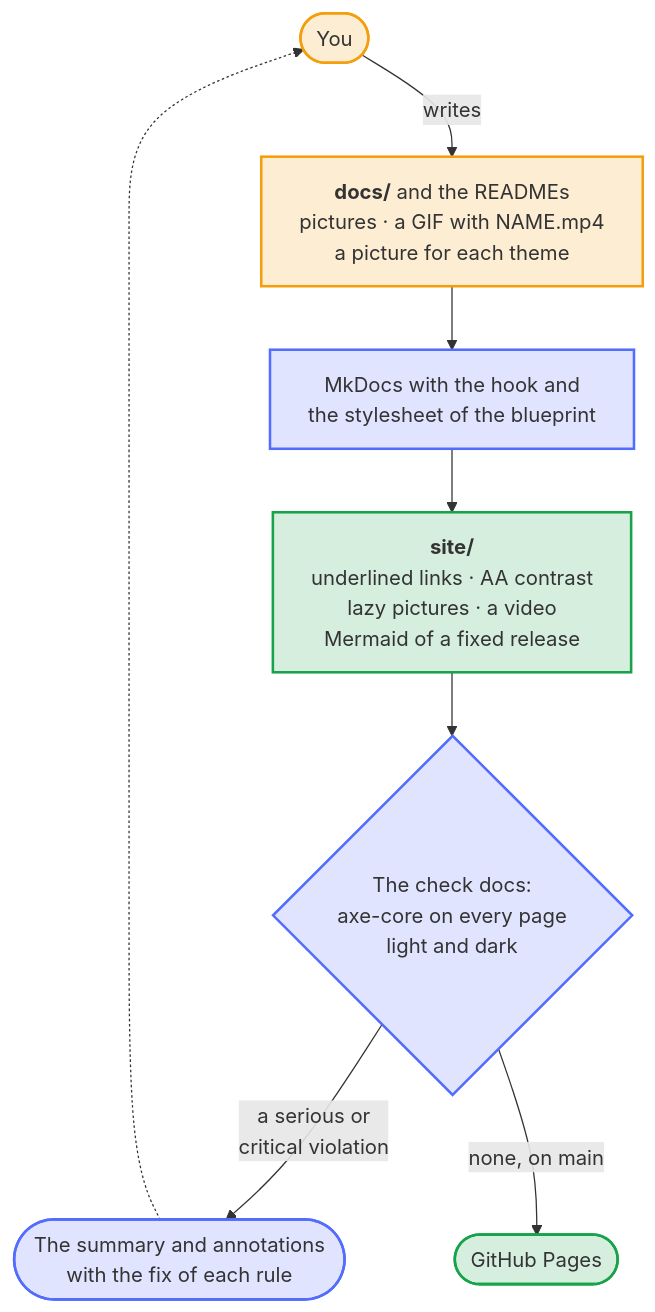
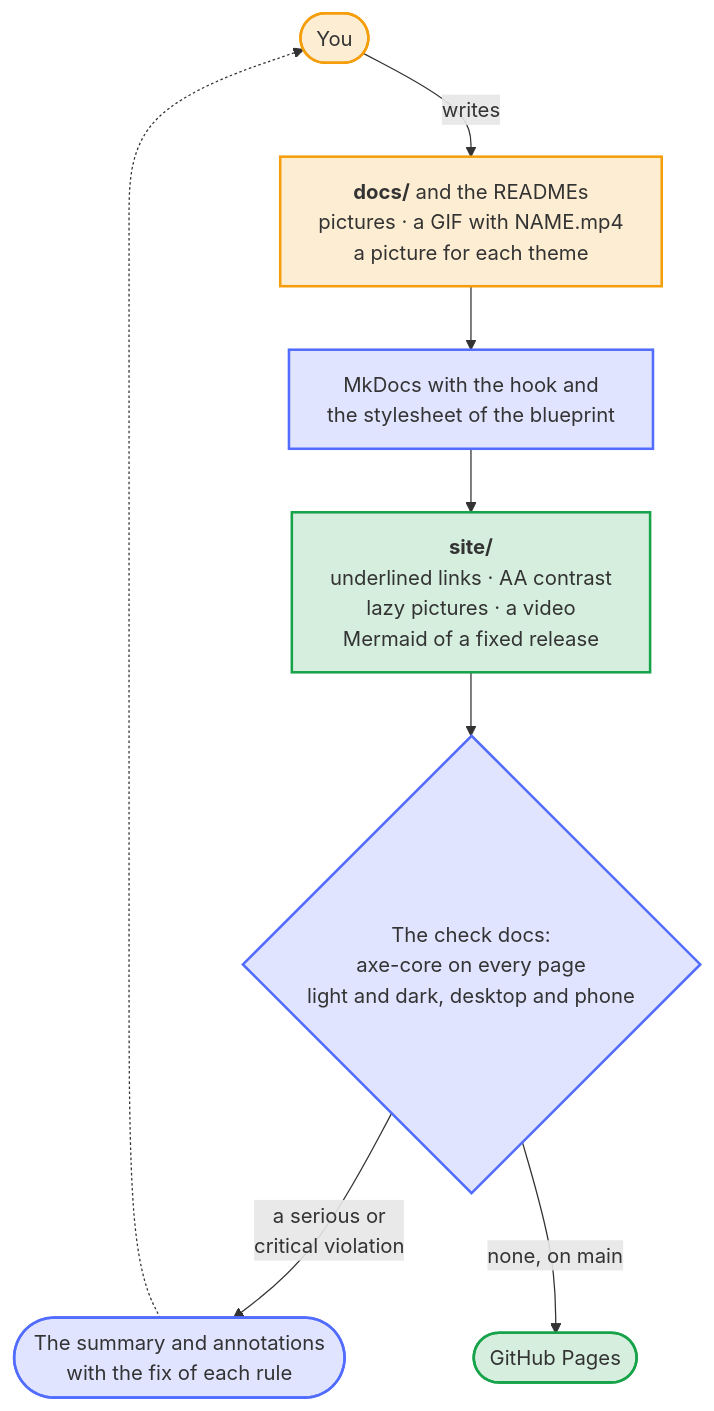
One commit to Dennis-Otto/repo-blueprint changed the diagram in docs/diagrams/how-a-website-stays-accessible-and-quick.mmd. Above: the diagram before and after it, drawn with Mermaid. The commit also changed 23 other files, not shown here.

First line of the commit message:
feat: the a11y check tests reflow at phone width (#620)

```diff
--- a/docs/diagrams/how-a-website-stays-accessible-and-quick.mmd
+++ b/docs/diagrams/how-a-website-stays-accessible-and-quick.mmd
@@ -1,28 +1,28 @@
 ---
 config:
   flowchart:
     wrappingWidth: 400
 ---
 flowchart TB
     accTitle: How a website stays accessible and quick
-    accDescr: You write the pages in docs/. MkDocs builds the website with the hook and the stylesheet of the blueprint, which underline the links in the text, give the theme the contrast of WCAG 2.2 AA, load each picture as the reader comes to it and only in its theme, play a GIF with an MP4 beside it as that video, and pin the release of Mermaid. After the build, the check docs opens every page in Chrome, in the light and the dark theme, and runs axe-core on it; each serious or critical violation shows in the summary and as an annotation at its page. Without one, the website is published.
+    accDescr: You write the pages in docs/. MkDocs builds the website with the hook and the stylesheet of the blueprint, which underline the links in the text, give the theme the contrast of WCAG 2.2 AA, load each picture as the reader comes to it and only in its theme, play a GIF with an MP4 beside it as that video, and pin the release of Mermaid. After the build, the check docs opens every page in Chrome, in the light and the dark theme, at the width of a desktop and of a phone, runs axe-core on it and measures whether it scrolls sideways on the phone; each serious or critical violation shows in the summary and as an annotation at its page. Without one, the website is published.
 
     you(["You"])
     pages["`**docs/** and the READMEs<br>pictures · a GIF with NAME.mp4<br>a picture for each theme`"]
     build["MkDocs with the hook and<br>the stylesheet of the blueprint"]
     site["`**site/**<br>underlined links · AA contrast<br>lazy pictures · a video<br>Mermaid of a fixed release`"]
-    check{"The check docs:<br>axe-core on every page<br>light and dark"}
+    check{"The check docs:<br>axe-core on every page<br>light and dark, desktop and phone"}
     report(["The summary and annotations<br>with the fix of each rule"])
     published(["GitHub Pages"])
 
     you -- "writes" --> pages --> build --> site --> check
     check -- "a serious or<br>critical violation" --> report
     report -.-> you
     check -- "none, on main" --> published
 
     classDef bot fill:#526cfe2e,stroke:#526cfe,stroke-width:2px
     classDef person fill:#f59e0b2e,stroke:#f59e0b,stroke-width:2px
     classDef done fill:#16a34a2e,stroke:#16a34a,stroke-width:2px
     class build,check,report bot
     class you,pages person
     class site,published done
```
